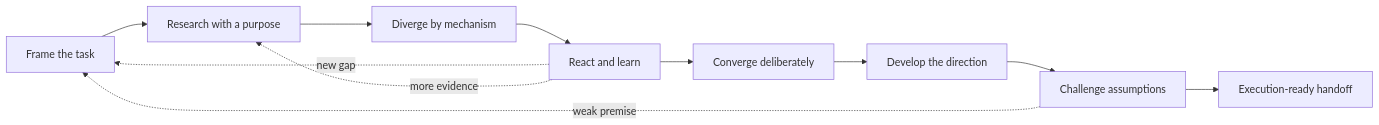
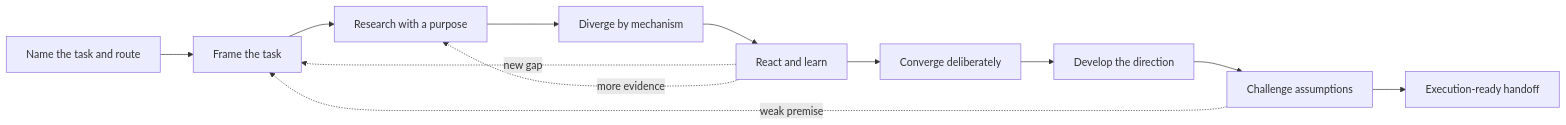
One commit to Cathde/creative-work-helper changed the first of 2 diagrams in README.md. Above: the diagram before and after it, drawn with Mermaid. The commit also changed other lines of this file and 6 other files, not shown here.

````diff
--- a/README.md
+++ b/README.md
@@ -24,13 +38,14 @@
 ```mermaid
 flowchart LR
-    A["Frame the task"] --> B["Research with a purpose"]
+    S["Name the task and route"] --> A["Frame the task"]
+    A --> B["Research with a purpose"]
     B --> C["Diverge by mechanism"]
     C --> D["React and learn"]
     D --> E["Converge deliberately"]
     E --> F["Develop the direction"]
     F --> G["Challenge assumptions"]
     G --> H["Execution-ready handoff"]
     D -. "new gap" .-> A
     D -. "more evidence" .-> B
     G -. "weak premise" .-> A
 ```
````
